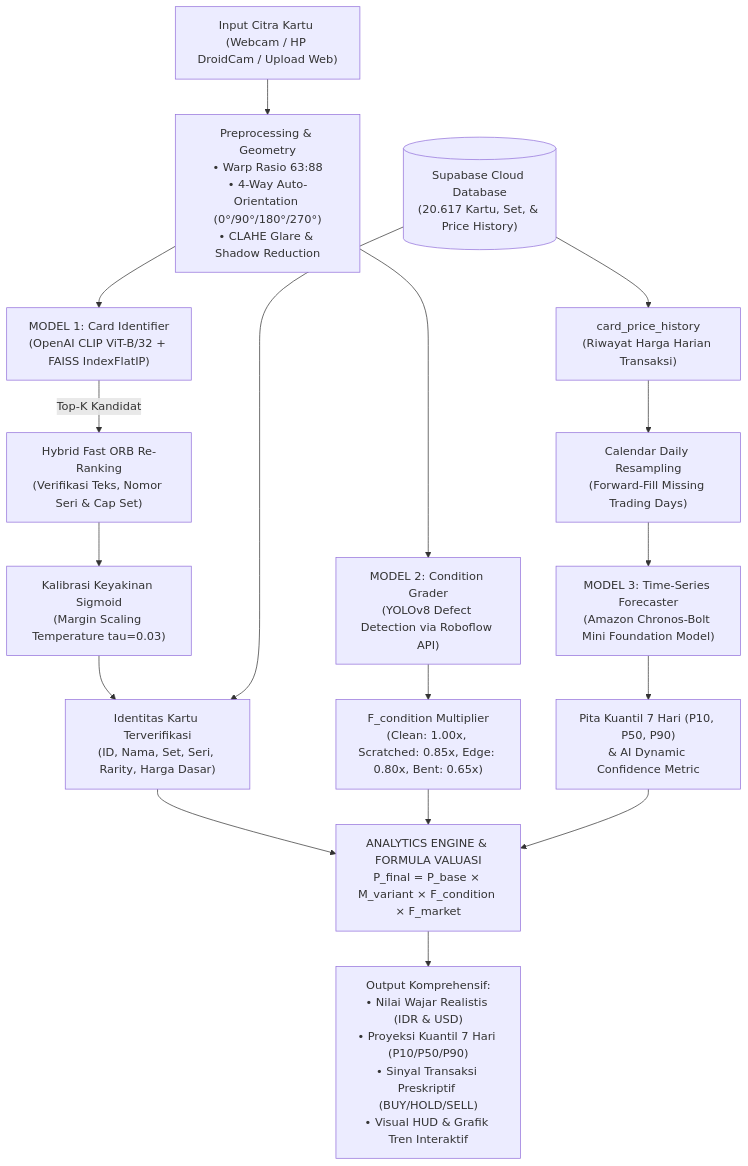
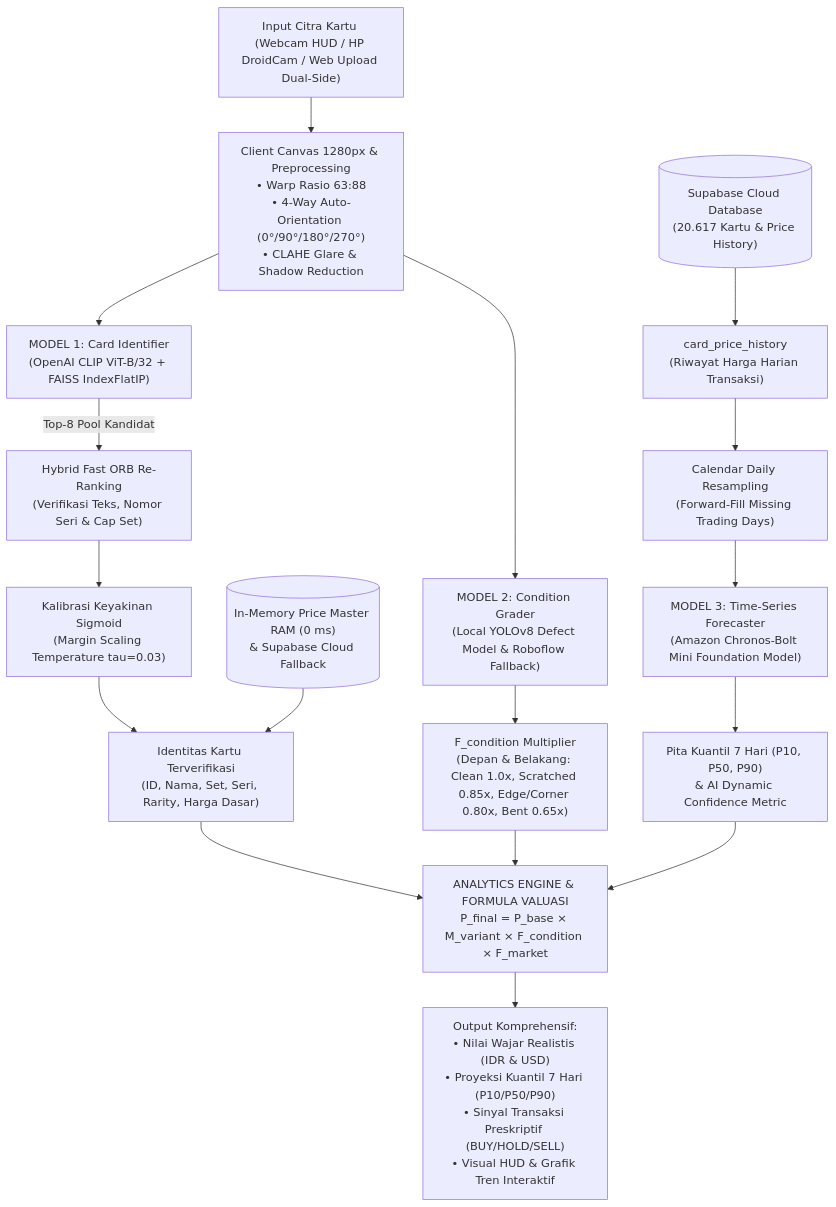
One commit to Bejochan/pokemon-card-value-analytic-tool changed the diagram in README.md. Above: the diagram before and after it, drawn with Mermaid. The commit also changed other lines of this file and 5 other files, not shown here.

````diff
--- a/README.md
+++ b/README.md
@@ -33,26 +33,26 @@
 ```mermaid
 graph TD
-    Input["Input Citra Kartu (Webcam / HP DroidCam / Upload Web)"] --> Preproc["Preprocessing & Geometry<br/>• Warp Rasio 63:88<br/>• 4-Way Auto-Orientation (0°/90°/180°/270°)<br/>• CLAHE Glare & Shadow Reduction"]
+    Input["Input Citra Kartu (Webcam HUD / HP DroidCam / Web Upload Dual-Side)"] --> Preproc["Client Canvas 1280px & Preprocessing<br/>• Warp Rasio 63:88<br/>• 4-Way Auto-Orientation (0°/90°/180°/270°)<br/>• CLAHE Glare & Shadow Reduction"]
     
     Preproc --> M1["MODEL 1: Card Identifier<br/>(OpenAI CLIP ViT-B/32 + FAISS IndexFlatIP)"]
-    Preproc --> M2["MODEL 2: Condition Grader<br/>(YOLOv8 Defect Detection via Roboflow API)"]
+    Preproc --> M2["MODEL 2: Condition Grader<br/>(Local YOLOv8 Defect Model & Roboflow Fallback)"]
     
-    M1 -->|Top-K Kandidat| ORB["Hybrid Fast ORB Re-Ranking<br/>(Verifikasi Teks, Nomor Seri & Cap Set)"]
+    M1 -->|Top-8 Pool Kandidat| ORB["Hybrid Fast ORB Re-Ranking<br/>(Verifikasi Teks, Nomor Seri & Cap Set)"]
     ORB --> Sigmoid["Kalibrasi Keyakinan Sigmoid<br/>(Margin Scaling Temperature tau=0.03)"]
     Sigmoid --> CardID["Identitas Kartu Terverifikasi<br/>(ID, Nama, Set, Seri, Rarity, Harga Dasar)"]
     
-    M2 --> ConditionScore["F_condition Multiplier<br/>(Clean: 1.00x, Scratched: 0.85x, Edge: 0.80x, Bent: 0.65x)"]
+    M2 --> ConditionScore["F_condition Multiplier<br/>(Depan & Belakang: Clean 1.0x, Scratched 0.85x, Edge/Corner 0.80x, Bent 0.65x)"]
     
-    Supabase[("Supabase Cloud Database<br/>(20.617 Kartu, Set, & Price History)")] --> CardID
-    Supabase --> Hist["card_price_history<br/>(Riwayat Harga Harian Transaksi)"]
+    MemoryCache[("In-Memory Price Master RAM (0 ms)<br/>& Supabase Cloud Fallback")] --> CardID
+    Supabase[("Supabase Cloud Database<br/>(20.617 Kartu & Price History)")] --> Hist["card_price_history<br/>(Riwayat Harga Harian Transaksi)"]
     
     Hist --> Resample["Calendar Daily Resampling<br/>(Forward-Fill Missing Trading Days)"]
     Resample --> M3["MODEL 3: Time-Series Forecaster<br/>(Amazon Chronos-Bolt Mini Foundation Model)"]
     M3 --> Forecast["Pita Kuantil 7 Hari (P10, P50, P90)<br/>& AI Dynamic Confidence Metric"]
     
     CardID --> Valuation["ANALYTICS ENGINE & FORMULA VALUASI<br/>P_final = P_base × M_variant × F_condition × F_market"]
     ConditionScore --> Valuation
     Forecast --> Valuation
     
     Valuation --> Output["Output Komprehensif:<br/>• Nilai Wajar Realistis (IDR & USD)<br/>• Proyeksi Kuantil 7 Hari (P10/P50/P90)<br/>• Sinyal Transaksi Preskriptif (BUY/HOLD/SELL)<br/>• Visual HUD & Grafik Tren Interaktif"]
 ```
````
